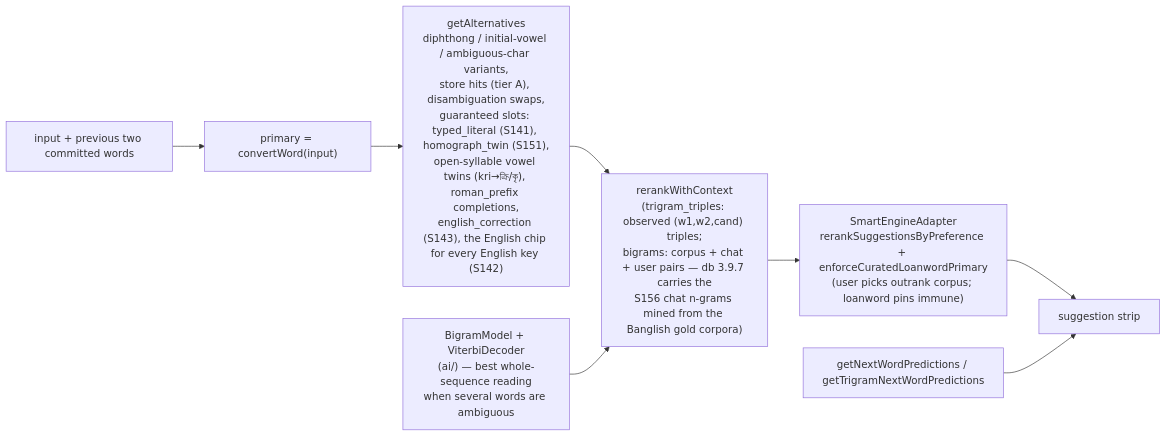
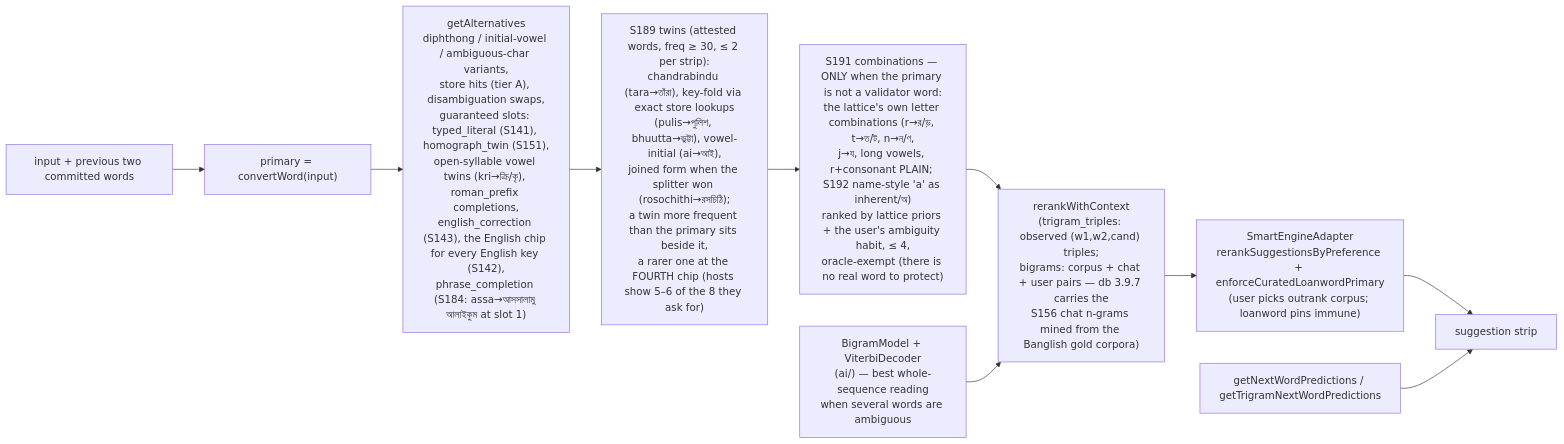
One commit to Shahabul87/banglu-kmp changed the fifth of 10 diagrams in docs/architecture/engine-architecture.md. Above: the diagram before and after it, drawn with Mermaid. The commit also changed other lines of this file, not shown here.

First line of the commit message:
docs(architecture): fold S178–S192 into the engine reference — chandrabindu marker, phrases, English data, strip twins, tier-B lexicon, combination strip + ambiguity habit, honest floor, the strip ranking law

````diff
--- a/docs/architecture/engine-architecture.md
+++ b/docs/architecture/engine-architecture.md
@@ -242,10 +249,12 @@
 ```mermaid
 flowchart LR
     IN["input + previous two committed words"] --> PRIM["primary = convertWord(input)"]
-    PRIM --> ALT["getAlternatives<br/>diphthong / initial-vowel / ambiguous-char variants,<br/>store hits (tier A), disambiguation swaps,<br/>guaranteed slots: typed_literal (S141), homograph_twin (S151),<br/>open-syllable vowel twins (kri→ক্রি/কৃ), roman_prefix completions,<br/>english_correction (S143), the English chip for every English key (S142)"]
-    ALT --> CTX["rerankWithContext<br/>(trigram_triples: observed (w1,w2,cand) triples;<br/>bigrams: corpus + chat + user pairs — db 3.9.7 carries the<br/>S156 chat n-grams mined from the Banglish gold corpora)"]
+    PRIM --> ALT["getAlternatives<br/>diphthong / initial-vowel / ambiguous-char variants,<br/>store hits (tier A), disambiguation swaps,<br/>guaranteed slots: typed_literal (S141), homograph_twin (S151),<br/>open-syllable vowel twins (kri→ক্রি/কৃ), roman_prefix completions,<br/>english_correction (S143), the English chip for every English key (S142),<br/>phrase_completion (S184: assa→আসসালামু আলাইকুম at slot 1)"]
+    ALT --> TW["S189 twins (attested words, freq ≥ 30, ≤ 2 per strip):<br/>chandrabindu (tara→তাঁরা), key-fold via exact store lookups<br/>(pulis→পুলিশ, bhuutta→ভুট্টা), vowel-initial (ai→আই),<br/>joined form when the splitter won (rosochithi→রসচিঠি);<br/>a twin more frequent than the primary sits beside it,<br/>a rarer one at the FOURTH chip (hosts show 5–6 of the 8 they ask for)"]
+    TW --> CB["S191 combinations — ONLY when the primary is not a validator word:<br/>the lattice's own letter combinations (r→র/ড়, t→ত/ট, n→ন/ণ,<br/>j→য, long vowels, r+consonant PLAIN; S192 name-style 'a' as inherent/অ)<br/>ranked by lattice priors + the user's ambiguity habit, ≤ 4,<br/>oracle-exempt (there is no real word to protect)"]
+    CB --> CTX["rerankWithContext<br/>(trigram_triples: observed (w1,w2,cand) triples;<br/>bigrams: corpus + chat + user pairs — db 3.9.7 carries the<br/>S156 chat n-grams mined from the Banglish gold corpora)"]
     CTX --> PREF["SmartEngineAdapter<br/>rerankSuggestionsByPreference + enforceCuratedLoanwordPrimary<br/>(user picks outrank corpus; loanword pins immune)"]
     PREF --> STRIP["suggestion strip"]
     PREV["getNextWordPredictions / getTrigramNextWordPredictions"] --> STRIP
     BM["BigramModel + ViterbiDecoder<br/>(ai/) — best whole-sequence reading<br/>when several words are ambiguous"] --> CTX
 ```
````
